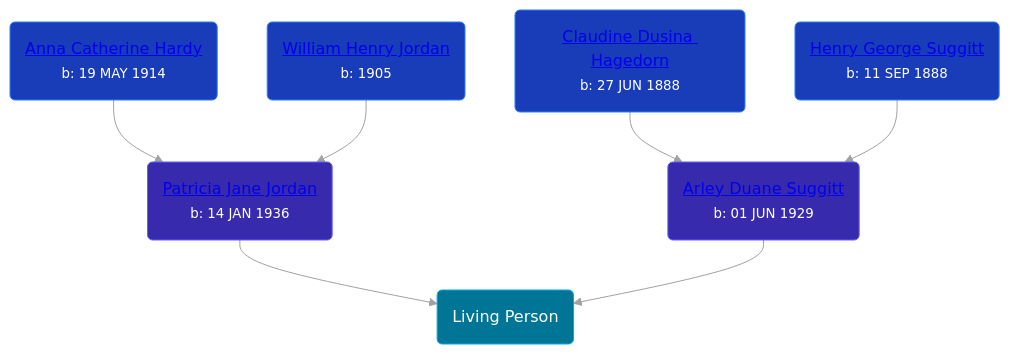
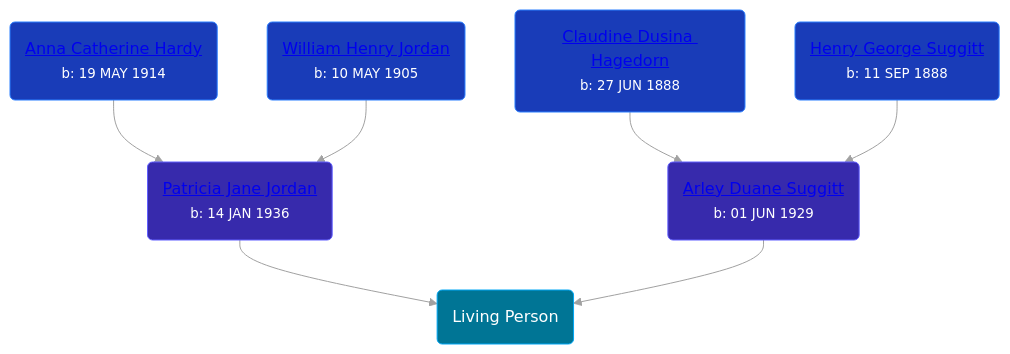
The diagram in pages/people/1/17261472.md (wpmgotkh/wpmgotkh.github.io), drawn with Mermaid before and after one commit. The commit also changed 257 other files, not shown here.

````diff
--- a/pages/people/1/17261472.md
+++ b/pages/people/1/17261472.md
@@ -10,14 +10,14 @@
 ```mermaid
 graph
 classDef grands fill:#193cb8,stroke:#2b7fff,stroke-width:1px,color:#fff;
 classDef parents fill:#372aac,stroke:#615fff,stroke-width:1px,color:#fff;
 classDef primary fill:#007595,stroke:#00a6f4,stroke-width:1px,color:#fff;
 17261472(Living Person):::primary
 8578400(<a class="text-white" href="/people/8/8578400">Patricia Jane Jordan</a><br /><small>b: 14 JAN 1936</small>):::parents-->17261472
 25919759(<a class="text-white" href="/people/2/25919759">Anna Catherine Hardy</a><br /><small>b: 19 MAY 1914</small>):::grands-->8578400
-32091032(<a class="text-white" href="/people/3/32091032">William Henry Jordan</a><br /><small>b: 1905</small>):::grands-->8578400
+32091032(<a class="text-white" href="/people/3/32091032">William Henry Jordan</a><br /><small>b: 10 MAY 1905</small>):::grands-->8578400
 91694885(<a class="text-white" href="/people/9/91694885">Arley Duane Suggitt</a><br /><small>b: 01 JUN 1929</small>):::parents-->17261472
 21896640(<a class="text-white" href="/people/2/21896640">Claudine Dusina Hagedorn</a><br /><small>b: 27 JUN 1888</small>):::grands-->91694885
 7271894(<a class="text-white" href="/people/7/7271894">Henry George Suggitt</a><br /><small>b: 11 SEP 1888</small>):::grands-->91694885
 linkStyle default stroke:#a1a1a1
 ```
````
